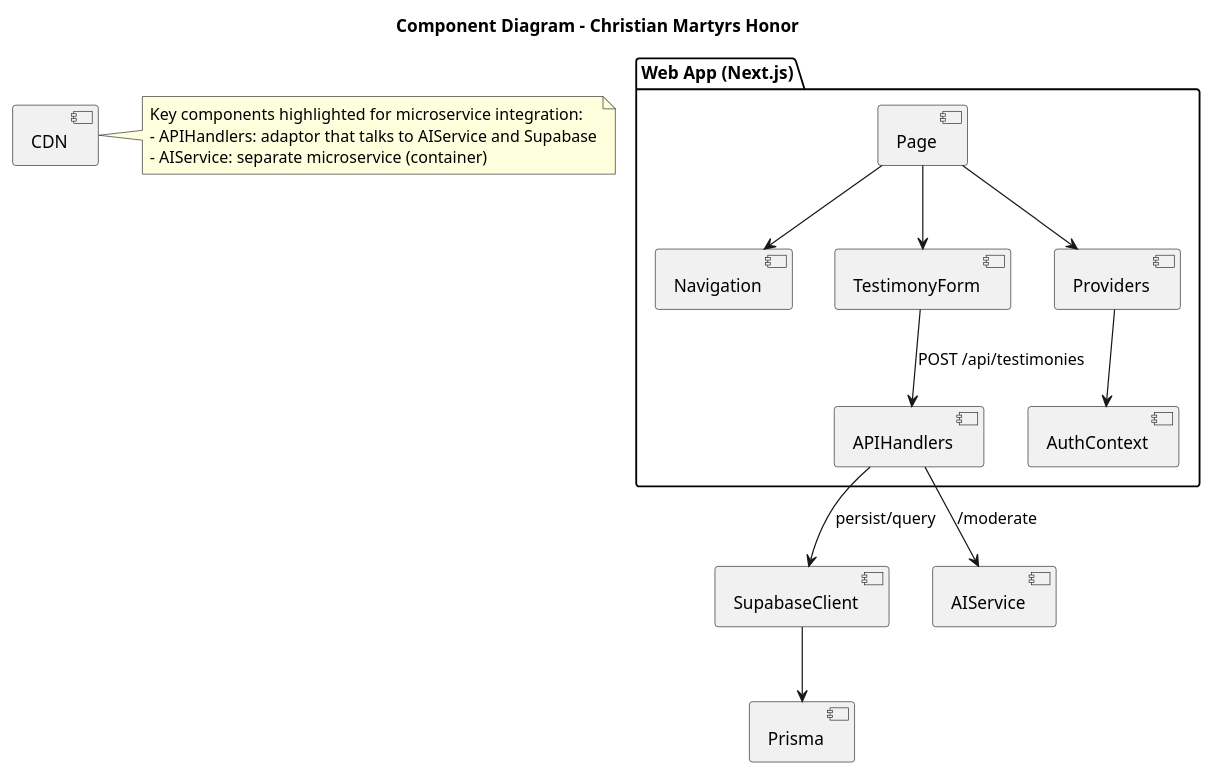
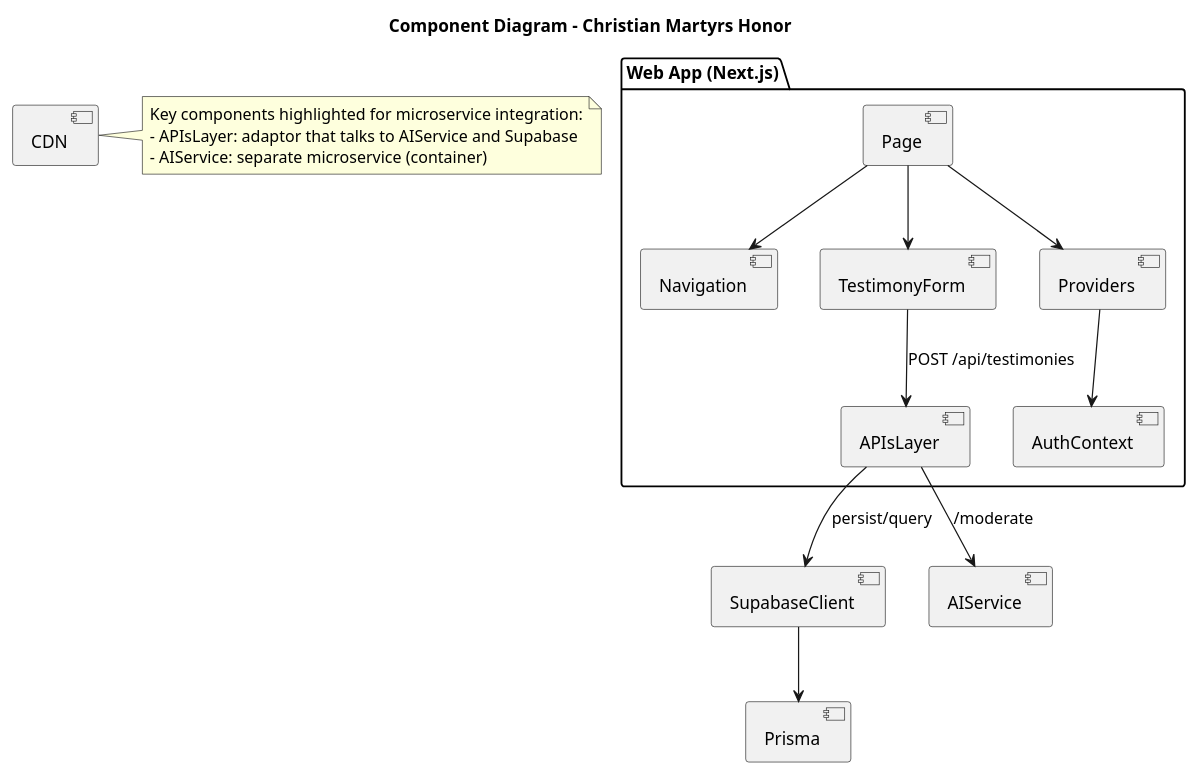
The diagram in docs/diagrams/component_diagram.puml (WAJoseph/christian-martyrs-honor), drawn with PlantUML before and after one commit. The commit also changed 4 other files, not shown here.

Commit message:
fix: diagrams

```diff
--- a/docs/diagrams/component_diagram.puml
+++ b/docs/diagrams/component_diagram.puml
@@ -1,33 +1,33 @@
 @startuml
 title Component Diagram - Christian Martyrs Honor
 
 package "Web App (Next.js)" {
   component Page
   component Navigation
   component TestimonyForm
   component Providers
   component AuthContext
-  component APIHandlers
+  component APIsLayer
 }
 
 component SupabaseClient
 component Prisma
 component AIService
 component CDN
 
 Page --> Navigation
 Page --> TestimonyForm
 Page --> Providers
 Providers --> AuthContext
-TestimonyForm --> APIHandlers : POST /api/testimonies
-APIHandlers --> SupabaseClient : persist/query
-APIHandlers --> AIService : /moderate
+TestimonyForm --> APIsLayer : POST /api/testimonies
+APIsLayer --> SupabaseClient : persist/query
+APIsLayer --> AIService : /moderate
 SupabaseClient --> Prisma
 
 note right
   Key components highlighted for microservice integration:
-  - APIHandlers: adaptor that talks to AIService and Supabase
+  - APIsLayer: adaptor that talks to AIService and Supabase
   - AIService: separate microservice (container)
 end note
 
 @enduml
```
